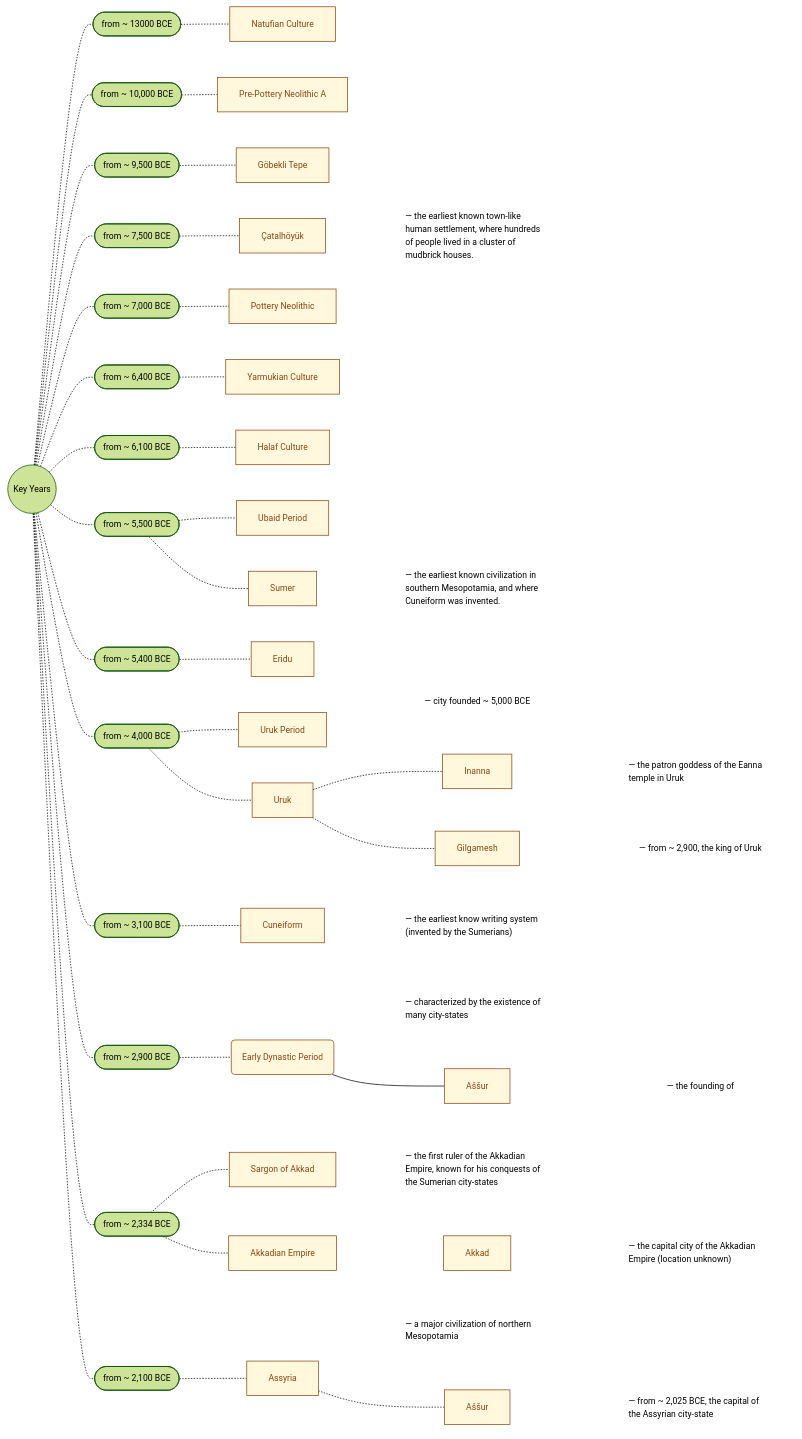
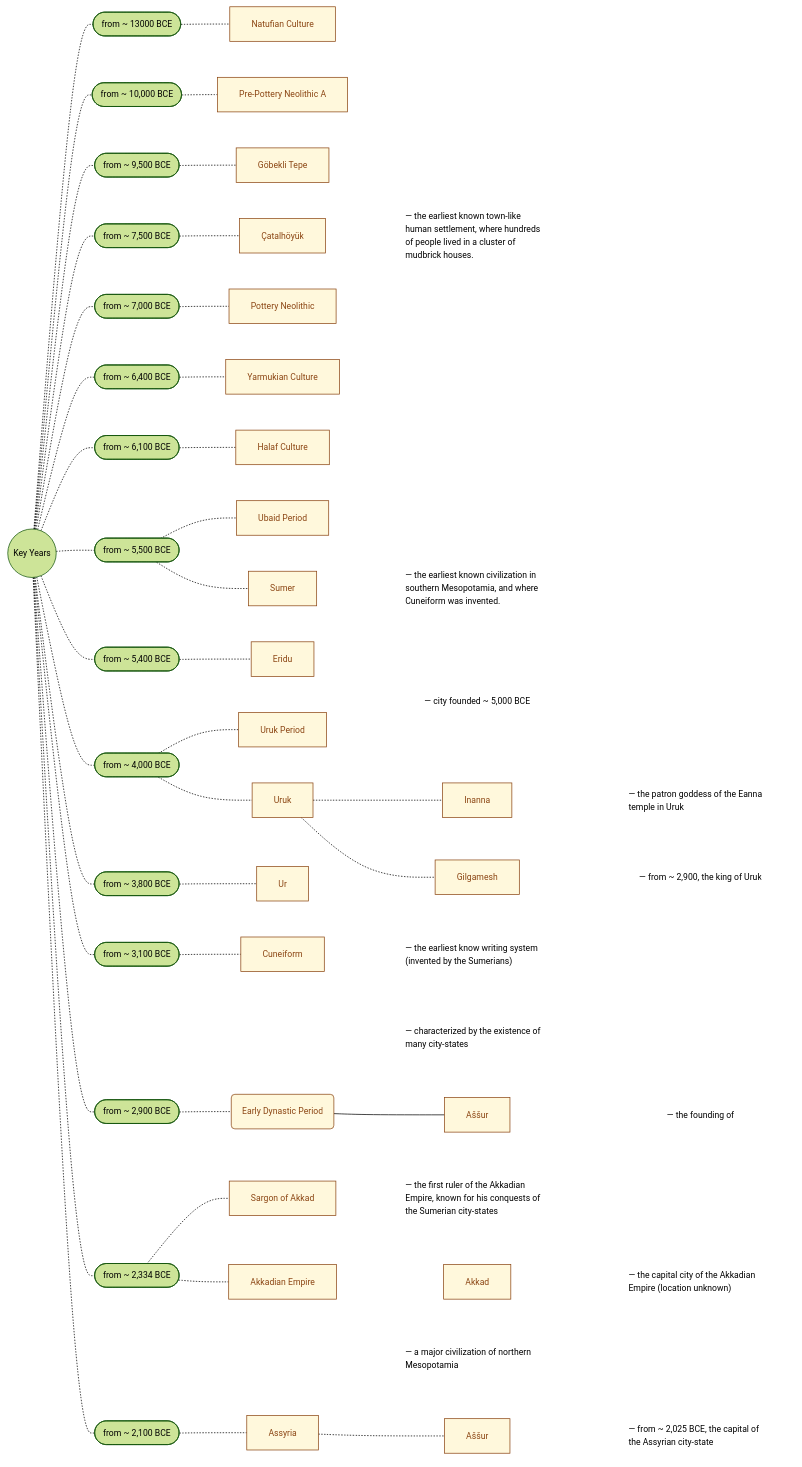
The diagram in mesopotamia_v1.01.md (joe-dorward/samples), drawn with Mermaid before and after one commit.

```diff
--- a/mesopotamia_v1.01.md
+++ b/mesopotamia_v1.01.md
@@ -78,14 +78,18 @@
             GILGAMESH_NOTE[#151; from ~ 2,900, the king of Uruk]
             click GILGAMESH "https://en.wikipedia.org/wiki/Gilgamesh" _blank
 
+      3800([from ~ 3,800 BCE])
+            UR[Ur]
+            click UR "https://en.wikipedia.org/wiki/Cuneiform" _blank
+
       3100([from ~ 3,100 BCE])
             CUNEIFORM[Cuneiform]
             CUNEIFORM_NOTE["#151; the earliest know writing system (invented by the Sumerians)"]
             click CUNEIFORM "https://en.wikipedia.org/wiki/Cuneiform" _blank
 
 
-      class NATUFIAN,PRE_POTTERY_NEOLITHIC_A,GOBEKLI_TEPE,CATALHOYUK,POTTERY_NEOLITHIC,YARNUKIAN,HALAF,UBAID,SUMER,ERIDU,URUK_PERIOD,URUK,INANNA,GILGAMESH,CUNEIFORM Note;
-      class CATALHOYUK_NOTE,SUMER_NOTE,URUK_NOTE,INANNA_NOTE,CUNEIFORM_NOTE,GILGAMESH_NOTE Summary
+      class NATUFIAN,PRE_POTTERY_NEOLITHIC_A,GOBEKLI_TEPE,CATALHOYUK,POTTERY_NEOLITHIC,YARNUKIAN,HALAF,UBAID,SUMER,ERIDU,URUK_PERIOD,URUK,INANNA,GILGAMESH,UR,CUNEIFORM Note;
+      class CATALHOYUK_NOTE,SUMER_NOTE,URUK_NOTE,INANNA_NOTE,GILGAMESH_NOTE,UR_NOTE,CUNEIFORM_NOTE Summary
       %% ========== ========== ========== ========== ==========
 
       %% ========== ========== ========== ========== ==========
@@ -105,6 +109,7 @@
                          URUK-.-INANNA~~~INANNA_NOTE
                          URUK-.-GILGAMESH~~~GILGAMESH_NOTE
 
+      KEY_YEARS-.-3800-.-UR
       KEY_YEARS-.-3100-.-CUNEIFORM~~~CUNEIFORM_NOTE
 
       %% ========== ========== ========== ========== ==========
```
